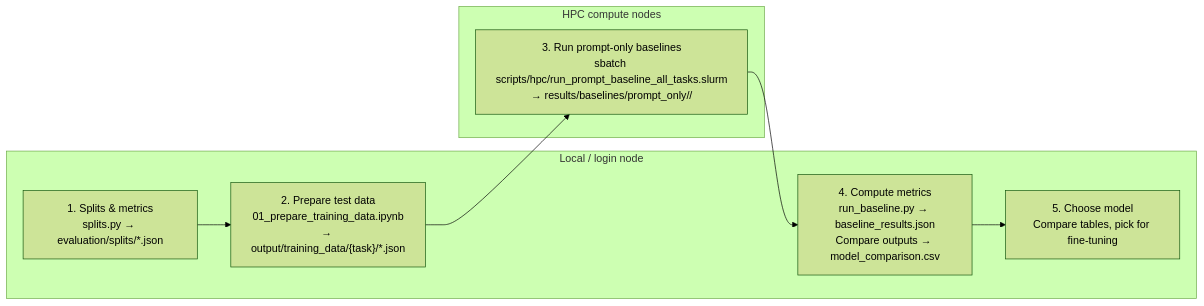
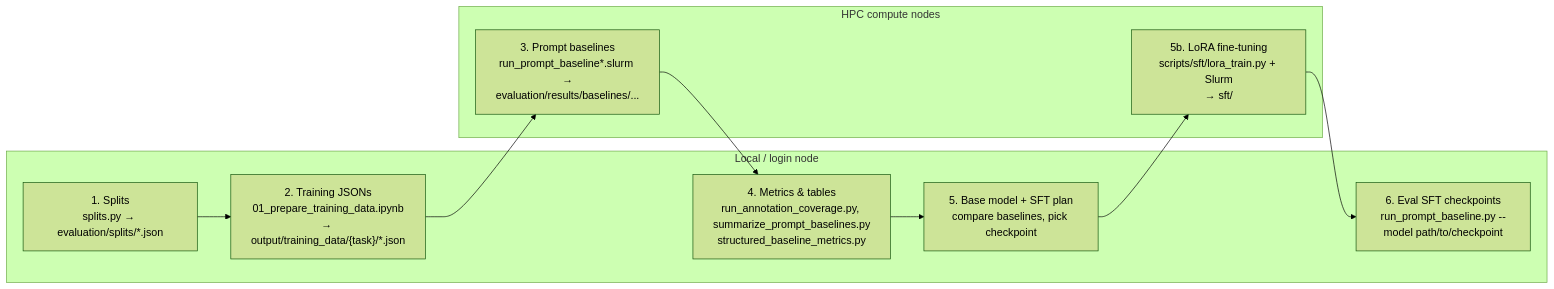
Before and after one commit to KemiOm/senior-thesis: the diagram in OVERVIEW.MD, drawn with Mermaid (forest theme). The commit also changed other lines of this file and 199 other files, not shown here.

Commit message:
Document SFT layout, add LoRA HPC scripts, and fixed repo layout

````diff
--- a/OVERVIEW.MD
+++ b/OVERVIEW.MD
@@ -160,13 +160,15 @@
 ```mermaid
 flowchart LR
   subgraph local["Local / login node"]
-    S1["1. Splits & metrics\nsplits.py → evaluation/splits/*.json"]
-    S2["2. Prepare test data\n01_prepare_training_data.ipynb\n→ output/training_data/{task}/*.json"]
-    S4["4. Compute metrics\nrun_baseline.py → baseline_results.json\nCompare outputs → model_comparison.csv"]
-    S5["5. Choose model\nCompare tables, pick for fine-tuning"]
+    S1["1. Splits\nsplits.py → evaluation/splits/*.json"]
+    S2["2. Training JSONs\n01_prepare_training_data.ipynb\n→ output/training_data/{task}/*.json"]
+    S4["4. Metrics & tables\nrun_annotation_coverage.py, summarize_prompt_baselines.py\nstructured_baseline_metrics.py"]
+    S5["5. Base model + SFT plan\ncompare baselines, pick checkpoint"]
+    S6["6. Eval SFT checkpoints\nrun_prompt_baseline.py --model path/to/checkpoint"]
   end
   subgraph hpc["HPC compute nodes"]
-    S3["3. Run prompt-only baselines\nsbatch scripts/hpc/run_prompt_baseline_all_tasks.slurm\n→ results/baselines/prompt_only/<model>/"]
+    S3["3. Prompt baselines\nrun_prompt_baseline*.slurm →\nevaluation/results/baselines/..."]
+    SFT["5b. LoRA fine-tuning\nscripts/sft/lora_train.py + Slurm\n→ sft/"]
   end
-  S1 --> S2 --> S3 --> S4 --> S5
+  S1 --> S2 --> S3 --> S4 --> S5 --> SFT --> S6
 ```
````
